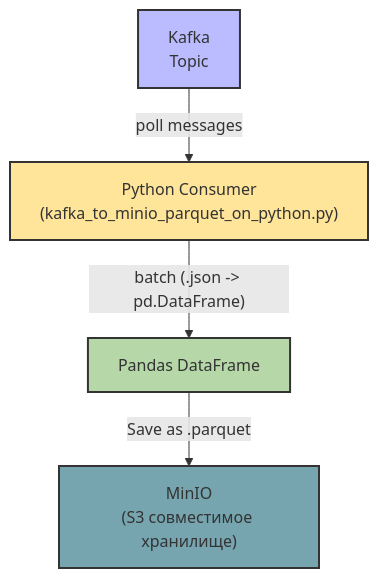
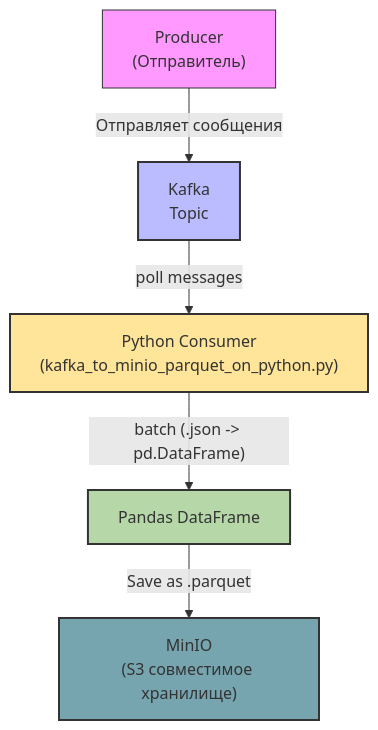
Before and after one commit to k0rsakov/pet_project_real_usage_kafka: the second of 3 diagrams in README.md, drawn with Mermaid.

Commit message:
Изменён проект pet_project_real_usage_kafka: - fix README.md

````diff
--- a/README.md
+++ b/README.md
@@ -151,11 +151,13 @@
 ```mermaid
 flowchart TB
+    AA["Producer<br>(Отправитель)"] -- Отправляет сообщения --> A((Kafka<br>Topic))
     A["Kafka<br>Topic"] -- poll messages --> B["Python Consumer<br>(kafka_to_minio_parquet_on_python.py)"]
     B -- batch (.json -> pd.DataFrame) --> C["Pandas DataFrame"]
     C -- Save as .parquet --> D["MinIO<br>(S3 совместимое хранилище)"]
 
+    style AA fill:#f9f,stroke:#333,stroke-width:1px
     style A fill:#bbf,stroke:#333,stroke-width:2px
     style B fill:#ffe599,stroke:#333,stroke-width:2px
     style C fill:#b6d7a8,stroke:#333,stroke-width:2px
     style D fill:#76a5af,stroke:#333,stroke-width:2px
 ```
````
